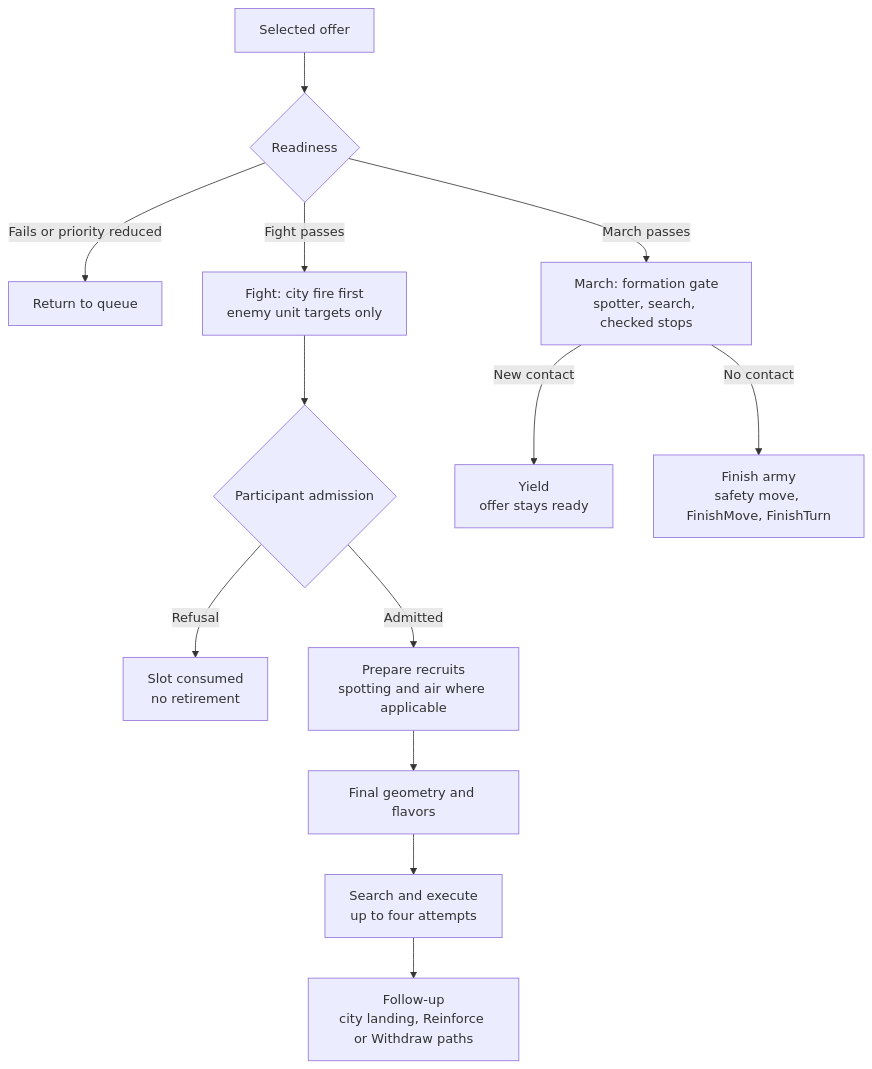
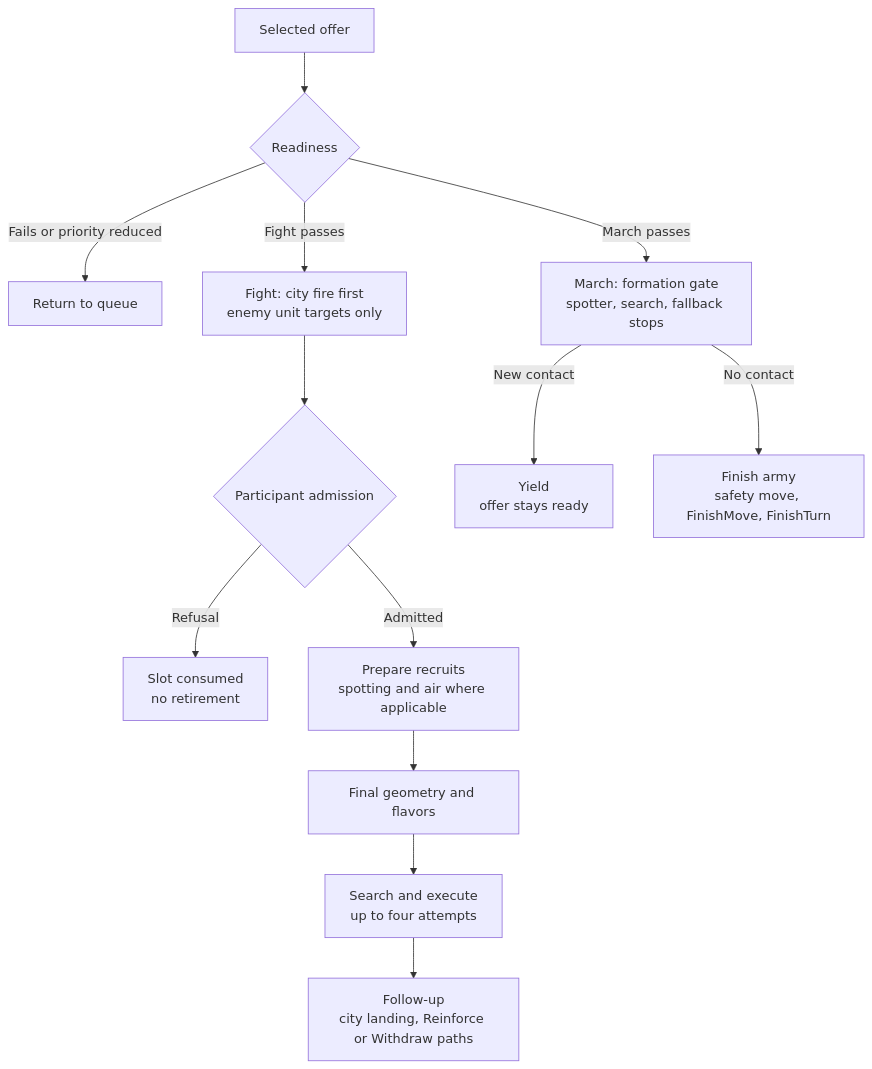
One commit to vox-deorum/vox-deorum changed the diagram in docs/developers/civ5-dll/unit-ai/commands/execution.md. Above: the diagram before and after it, drawn with Mermaid. The commit also changed other lines of this file and 4 other files, not shown here.

````diff
--- a/docs/developers/civ5-dll/unit-ai/commands/execution.md
+++ b/docs/developers/civ5-dll/unit-ai/commands/execution.md
@@ -7,15 +7,15 @@
 ```mermaid
 flowchart TD
     O["Selected offer"] --> C{"Readiness"}
     C -->|Fails or priority reduced| Q["Return to queue"]
     C -->|Fight passes| F["Fight: city fire first<br/>enemy unit targets only"]
     F --> A{"Participant admission"}
     A -->|Refusal| R["Slot consumed<br/>no retirement"]
     A -->|Admitted| P["Prepare recruits<br/>spotting and air where applicable"]
     P --> S["Final geometry and flavors"]
     S --> E["Search and execute<br/>up to four attempts"]
     E --> M["Follow-up<br/>city landing, Reinforce or Withdraw paths"]
-    C -->|March passes| G["March: formation gate<br/>spotter, search, checked stops"]
+    C -->|March passes| G["March: formation gate<br/>spotter, search, fallback stops"]
     G -->|New contact| Y["Yield<br/>offer stays ready"]
     G -->|No contact| N["Finish army<br/>safety move, FinishMove, FinishTurn"]
 ```
````
